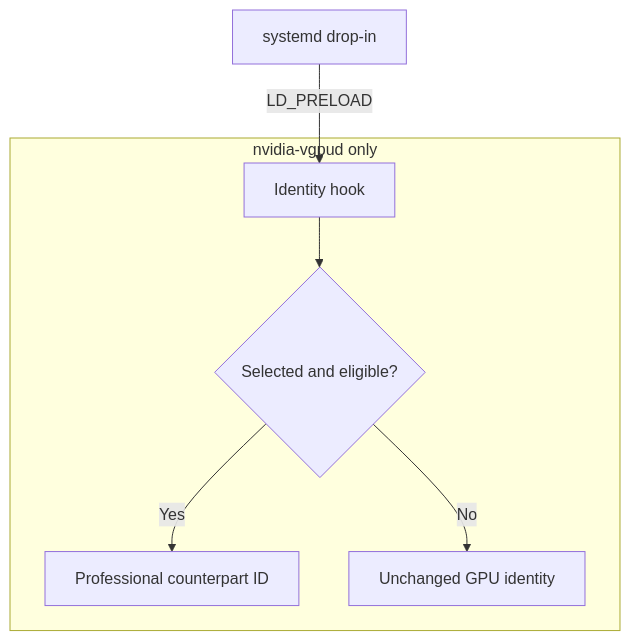
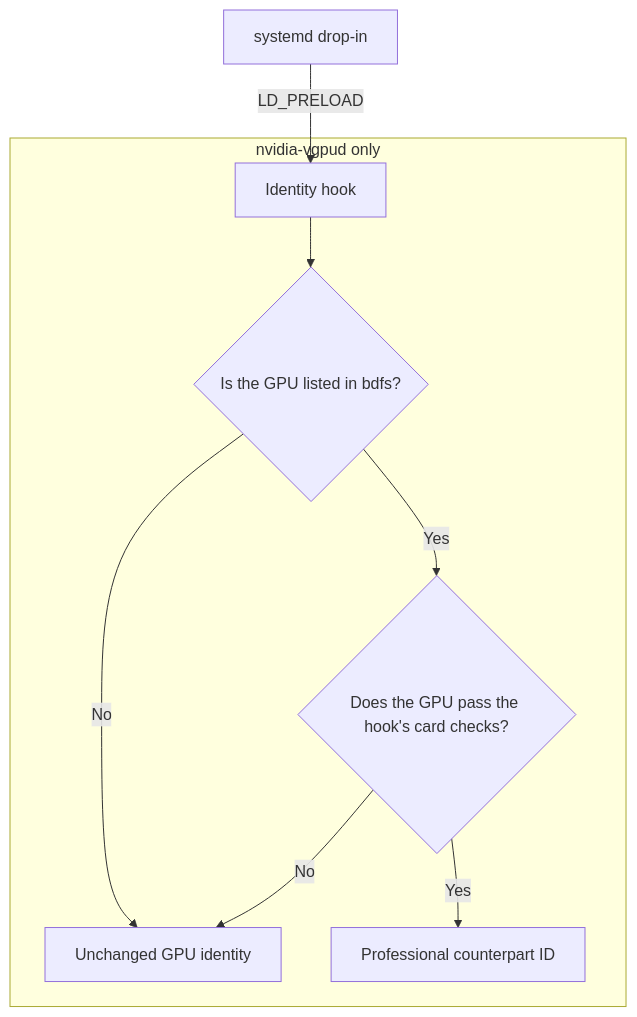
Before and after one commit to noon-at-cgn/geforce-sriov: the ninth of 9 diagrams in docs/technical-reference.md, drawn with Mermaid. The commit also changed other lines of this file and 88 other files, not shown here.

````diff
--- a/docs/technical-reference.md
+++ b/docs/technical-reference.md
@@ -599,9 +854,11 @@
 ```mermaid
 flowchart TD
     D["systemd drop-in"] -->|"LD_PRELOAD"| H
     subgraph Process["nvidia-vgpud only"]
-        H["Identity hook"] --> S{"Selected and eligible?"}
-        S -->|"Yes"| P["Professional counterpart ID"]
+        H["Identity hook"] --> S{"Is the GPU listed in bdfs?"}
+        S -->|"Yes"| E{"Does the GPU pass the hook's card checks?"}
         S -->|"No"| U["Unchanged GPU identity"]
+        E -->|"Yes"| P["Professional counterpart ID"]
+        E -->|"No"| U
     end
 ```
````
